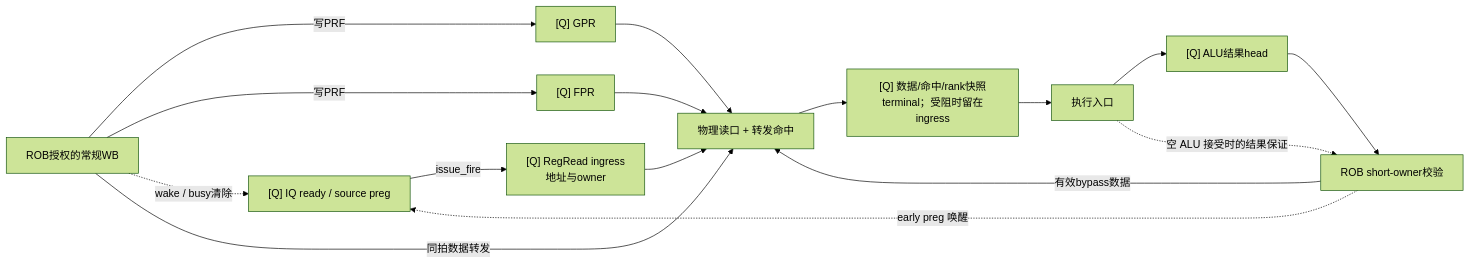
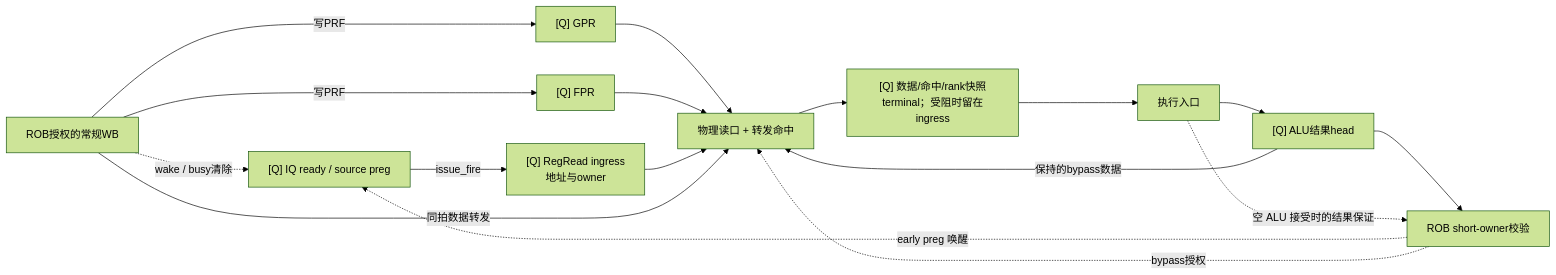
Before and after one commit to mcsaver/oscpu: the second of 3 diagrams in npc/rv64/vsrc/backend/TOPOLOGY.md, drawn with Mermaid (forest theme). The commit also changed other lines of this file and 11 other files, not shown here.

````diff
--- a/npc/rv64/vsrc/backend/TOPOLOGY.md
+++ b/npc/rv64/vsrc/backend/TOPOLOGY.md
@@ -171,18 +254,19 @@
 ```mermaid
 flowchart LR
   IQ["[Q] IQ ready / source preg"] -->|"issue_fire"| IN["[Q] RegRead ingress<br/>地址与owner"]
   G["[Q] GPR"] --> READ["物理读口 + 转发命中"]
   F["[Q] FPR"] --> READ
   IN --> READ
   READ --> SNAP["[Q] 数据/命中/rank快照<br/>terminal；受阻时留在ingress"]
   SNAP --> EX["执行入口"]
   EX --> ALU["[Q] ALU结果head"]
   ALU --> SHORT["ROB short-owner校验"]
   EX -.->|"空 ALU 接受时的结果保证"| SHORT
   SHORT -.->|"early preg 唤醒"| IQ
-  SHORT -->|"有效bypass数据"| READ
+  ALU -->|"保持的bypass数据"| READ
+  SHORT -.->|"bypass授权"| READ
   WB["ROB授权的常规WB"] -->|"写PRF"| G
   WB -->|"写PRF"| F
   WB -.->|"wake / busy清除"| IQ
   WB -->|"同拍数据转发"| READ
 ```
````
